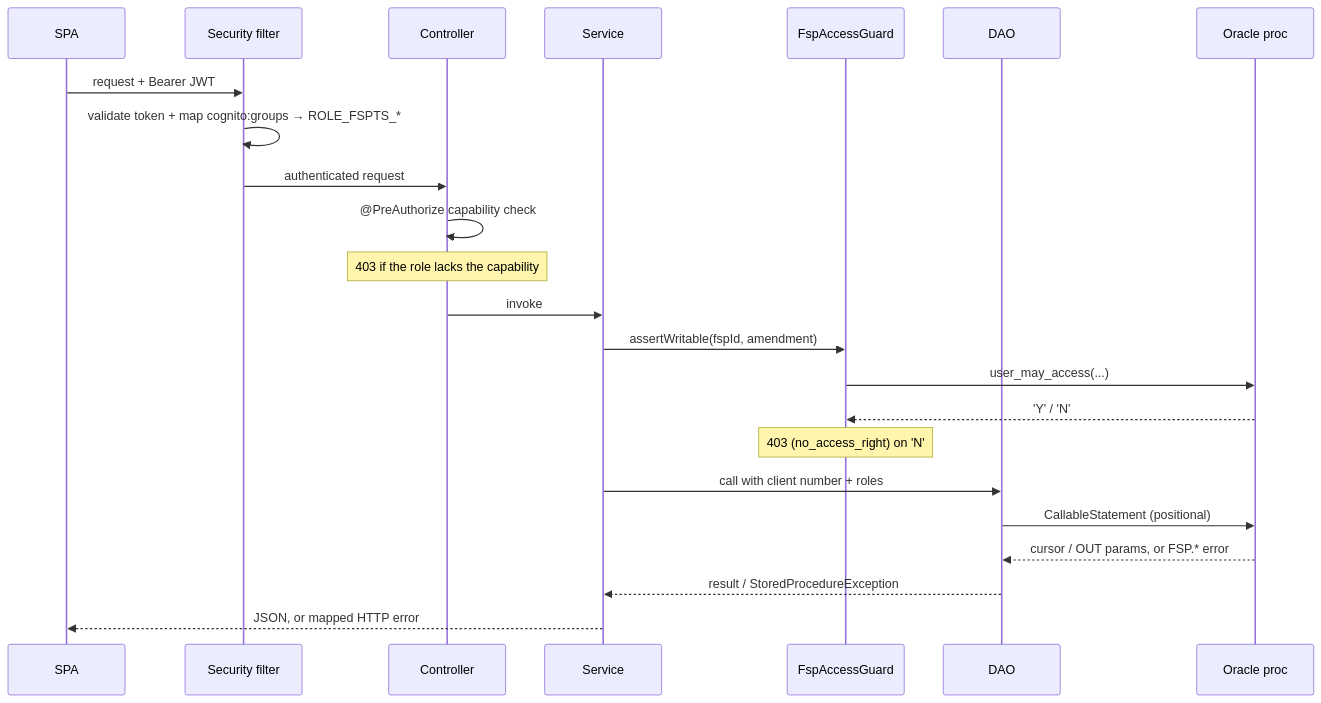
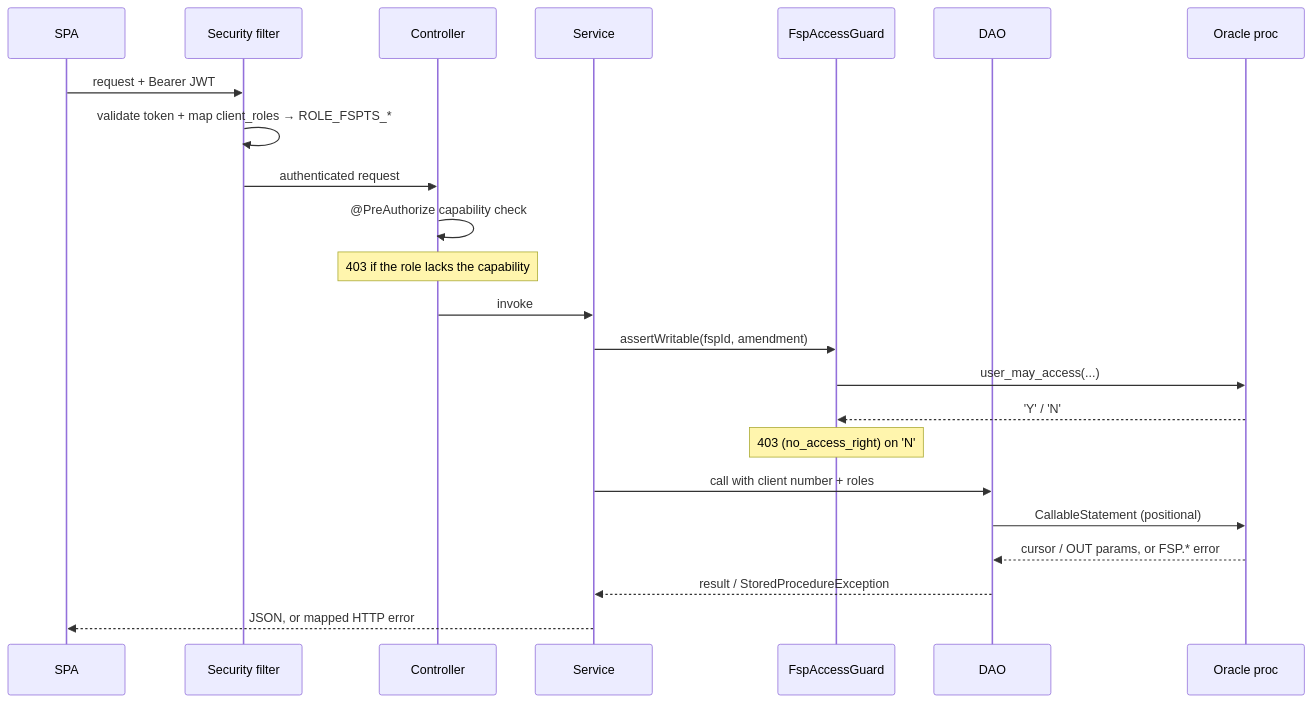
The second of 2 diagrams in docs/architecture.md (bcgov/nr-fspts), drawn with Mermaid before and after one commit. The commit also changed other lines of this file and 82 other files, not shown here.

````diff
--- a/docs/architecture.md
+++ b/docs/architecture.md
@@ -111,26 +114,26 @@
 ```mermaid
 sequenceDiagram
     participant SPA
     participant Sec as Security filter
     participant Ctl as Controller
     participant Svc as Service
     participant Guard as FspAccessGuard
     participant DAO
     participant Proc as Oracle proc
 
     SPA->>Sec: request + Bearer JWT
-    Sec->>Sec: validate token + map cognito:groups → ROLE_FSPTS_*
+    Sec->>Sec: validate token + map client_roles → ROLE_FSPTS_*
     Sec->>Ctl: authenticated request
     Ctl->>Ctl: @PreAuthorize capability check
     Note over Ctl: 403 if the role lacks the capability
     Ctl->>Svc: invoke
     Svc->>Guard: assertWritable(fspId, amendment)
     Guard->>Proc: user_may_access(...)
     Proc-->>Guard: 'Y' / 'N'
     Note over Guard: 403 (no_access_right) on 'N'
     Svc->>DAO: call with client number + roles
     DAO->>Proc: CallableStatement (positional)
     Proc-->>DAO: cursor / OUT params, or FSP.* error
     DAO-->>Svc: result / StoredProcedureException
     Svc-->>SPA: JSON, or mapped HTTP error
 ```
````
